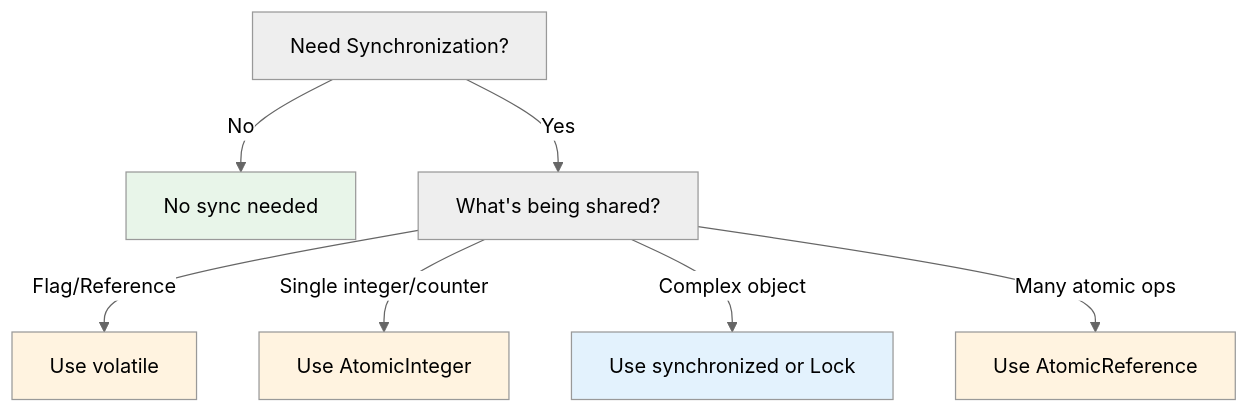
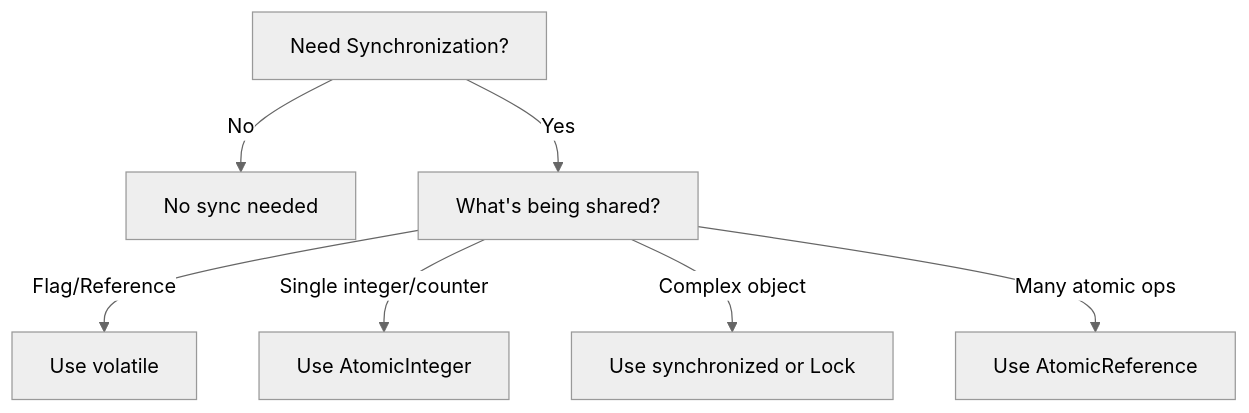
Before and after one commit to nitinkc/MultithreadingLearningHub: the second of 2 diagrams in docs/theory/08-synchronization.md, drawn with Mermaid (neutral theme). The commit also changed other lines of this file and 27 other files, not shown here.

````diff
--- a/docs/theory/08-synchronization.md
+++ b/docs/theory/08-synchronization.md
@@ -263,15 +263,10 @@
 ```mermaid
 graph TD
     A["Need Synchronization?"] -->|No| B["No sync needed"]
     A -->|Yes| C["What's being shared?"]
     C -->|Flag/Reference| D["Use volatile"]
     C -->|Single integer/counter| E["Use AtomicInteger"]
     C -->|Complex object| F["Use synchronized or Lock"]
     C -->|Many atomic ops| G["Use AtomicReference"]
-    
-    style B fill:#e8f5e9
-    style D fill:#fff3e0
-    style E fill:#fff3e0
-    style F fill:#e3f2fd
-    style G fill:#fff3e0
+
 ```
````
